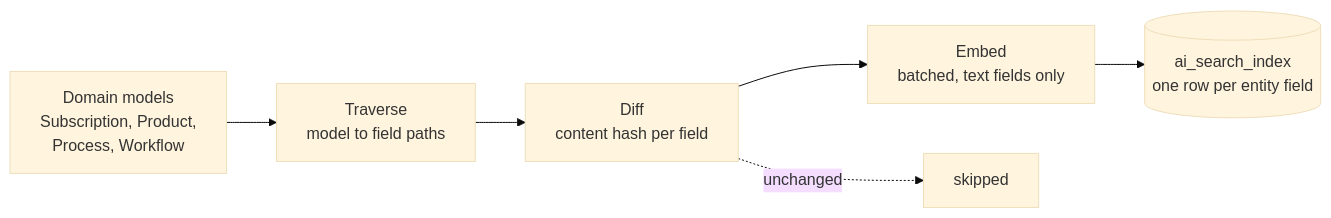
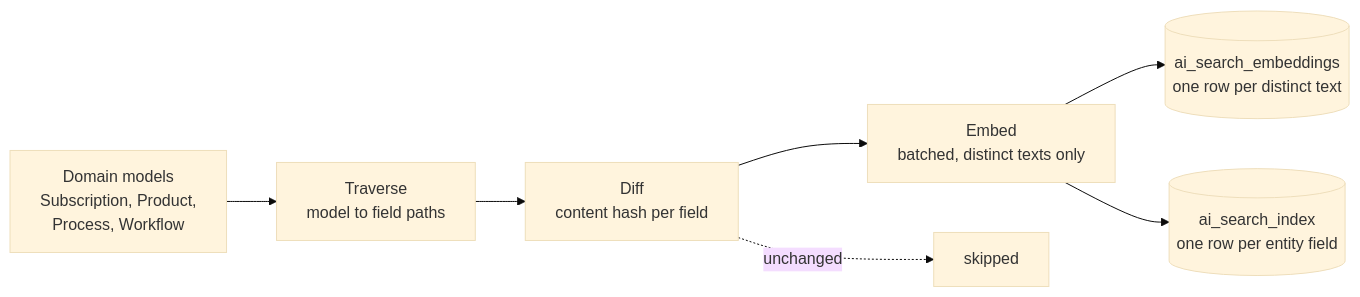
One commit to workfloworchestrator/orchestrator-core changed the first of 2 diagrams in docs/reference-docs/ai-search.md. Above: the diagram before and after it, drawn with Mermaid (base theme). The commit also changed other lines of this file, not shown here.

First line of the commit message:
Document the ai_search_embeddings table

````diff
--- a/docs/reference-docs/ai-search.md
+++ b/docs/reference-docs/ai-search.md
@@ -95,8 +112,9 @@
 ```mermaid
 flowchart LR
     A["Domain models<br/>Subscription, Product,<br/>Process, Workflow"] --> B["Traverse<br/>model to field paths"]
     B --> C["Diff<br/>content hash per field"]
-    C --> D["Embed<br/>batched, text fields only"]
+    C --> D["Embed<br/>batched, distinct texts only"]
+    D --> G[("ai_search_embeddings<br/>one row per distinct text")]
     D --> E[("ai_search_index<br/>one row per entity field")]
     C -.->|unchanged| F["skipped"]
 ```
````
